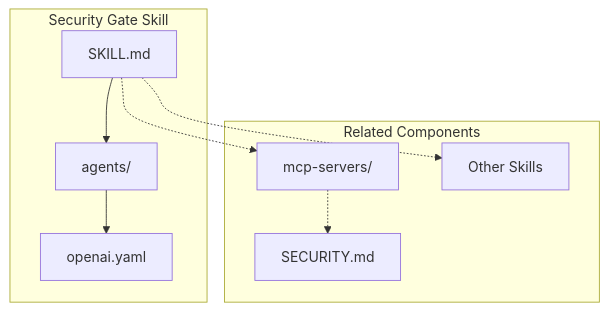
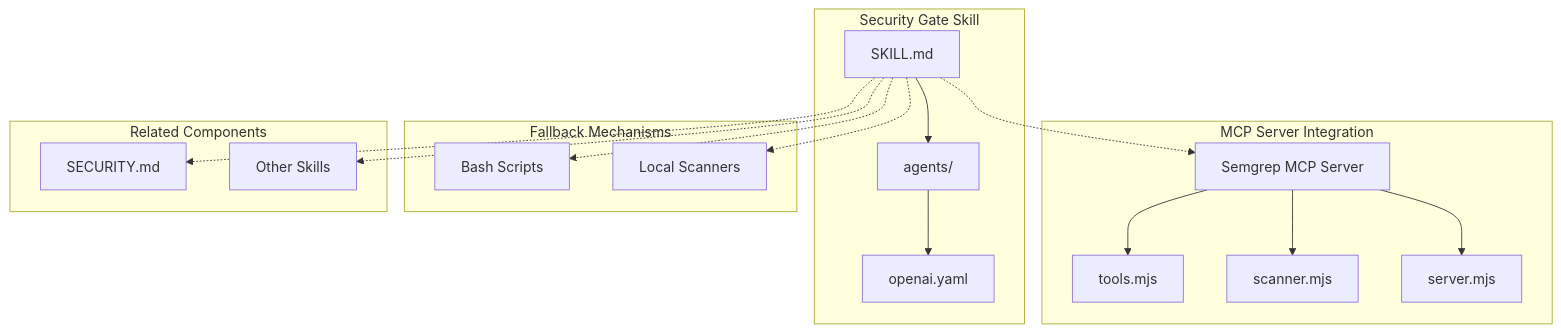
The first of 7 diagrams in .qoder/repowiki/en/content/Skills Reference/Code Review Skills/Security Gate Skill.md (Sherlock-Shi/pi-codex-kit), drawn with Mermaid before and after one commit. The commit also changed other lines of this file and 6 other files, not shown here.

````diff
--- a/.qoder/repowiki/en/content/Skills Reference/Code Review Skills/Security Gate Skill.md
+++ b/.qoder/repowiki/en/content/Skills Reference/Code Review Skills/Security Gate Skill.md
@@ -31,18 +45,32 @@
 ```mermaid
 graph TB
 subgraph "Security Gate Skill"
 SKILL[SKILL.md]
 AGENTS_DIR[agents/]
 OPENAI_YAML[openai.yaml]
 end
+subgraph "MCP Server Integration"
+SEMGREP_SERVER[Semgrep MCP Server]
+TOOLS_MJS[tools.mjs]
+SCANNER_MJS[scanner.mjs]
+SERVER_MJS[server.mjs]
+end
+subgraph "Fallback Mechanisms"
+BASH_FALLBACK[Bash Scripts]
+LOCAL_SCANNERS[Local Scanners]
+end
 subgraph "Related Components"
-MCP_SERVERS[mcp-servers/]
 SECURITY_MD[SECURITY.md]
 OTHER_SKILLS[Other Skills]
 end
 SKILL --> AGENTS_DIR
 AGENTS_DIR --> OPENAI_YAML
-SKILL -.-> MCP_SERVERS
-MCP_SERVERS -.-> SECURITY_MD
+SKILL -.-> SEMGREP_SERVER
+SEMGREP_SERVER --> TOOLS_MJS
+SEMGREP_SERVER --> SCANNER_MJS
+SEMGREP_SERVER --> SERVER_MJS
+SKILL -.-> BASH_FALLBACK
+SKILL -.-> LOCAL_SCANNERS
+SKILL -.-> SECURITY_MD
 SKILL -.-> OTHER_SKILLS
 ```
````
